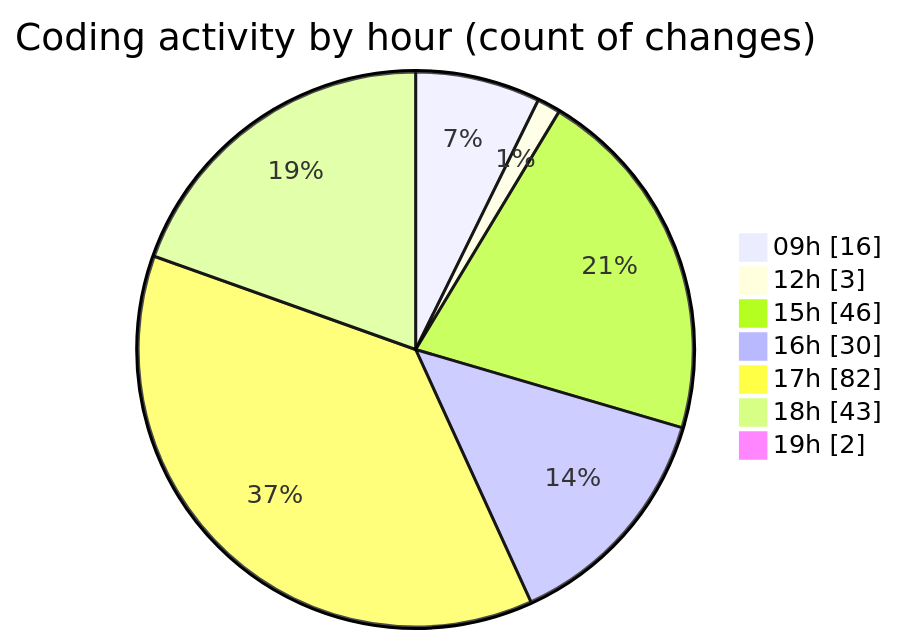
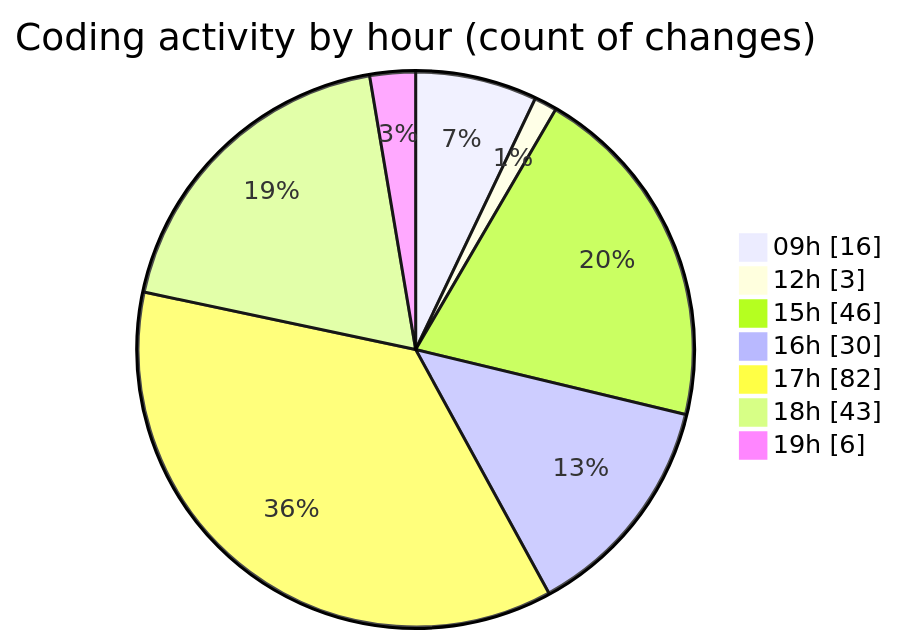
One commit to momahboobian/code-tracking changed the second of 2 diagrams in 2025-07-08/cda/README.md. Above: the diagram before and after it, drawn with Mermaid. The commit also changed other lines of this file and 1 other file, not shown here.

````diff
--- a/2025-07-08/cda/README.md
+++ b/2025-07-08/cda/README.md
@@ -59,11 +59,11 @@
 ```mermaid
 pie showData
 title Coding activity by hour (count of changes)
 "09h" : 16
 "12h" : 3
 "15h" : 46
 "16h" : 30
 "17h" : 82
 "18h" : 43
-"19h" : 2
+"19h" : 6
 ```
````
